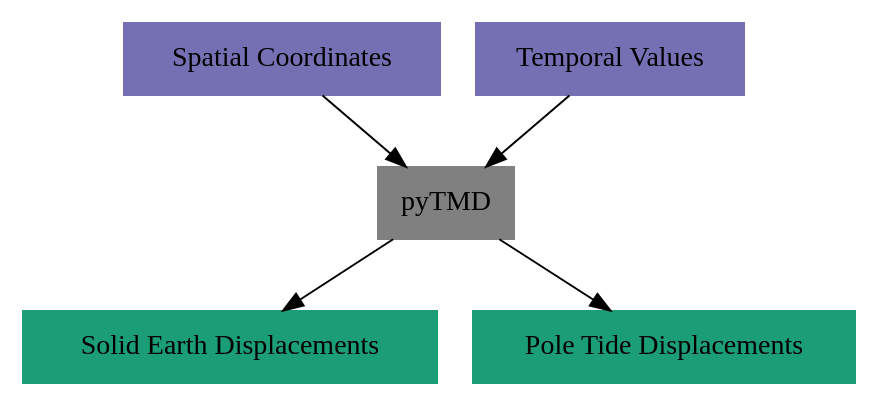
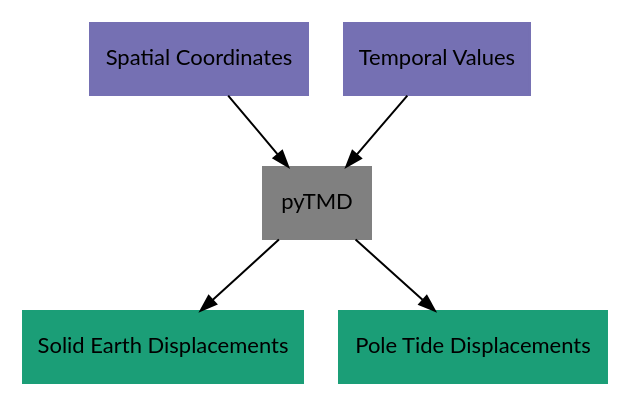
Before and after one commit to tsutterley/pyTMD: the second of 2 diagrams in doc/source/getting_started/Overview.rst, drawn with Graphviz. The commit also changed other lines of this file and 17 other files, not shown here.

```diff
--- a/doc/source/getting_started/Overview.rst
+++ b/doc/source/getting_started/Overview.rst
@@ -37,15 +72,40 @@
 .. graphviz::
     :caption: Solid Earth and Pole Tide Framework
     :align: center
 
     digraph {
-        S [label="Spatial Coordinates" shape=box style="filled" color="#7570b3"]
-        E [label="Temporal Values" shape=box style="filled" color="#7570b3"]
-        T [label="pyTMD" shape=box style="filled" color="gray"]
-        D [label="Solid Earth Displacements" shape=box style="filled" color="#1b9e77"]
-        P [label="Pole Tide Displacements" shape=box style="filled" color="#1b9e77"]
-        S -> T
-        E -> T
-        T -> D
-        T -> P
+        S [label="Spatial Coordinates"
+            fontname="Lato"
+            fontsize=11
+            shape=box
+            style="filled"
+            color="#7570b3"]
+        E [label="Temporal Values"
+            fontname="Lato"
+            fontsize=11
+            shape=box
+            style="filled"
+            color="#7570b3"]
+        T [label="pyTMD"
+            fontname="Lato"
+            fontsize=11
+            shape=box
+            style="filled"
+            color="gray"]
+        D [label="Solid Earth Displacements"
+            fontname="Lato"
+            fontsize=11
+            shape=box
+            style="filled"
+            color="#1b9e77"]
+        P [label="Pole Tide Displacements"
+            fontname="Lato"
+            fontsize=11
+            shape=box
+            style="filled"
+            color="#1b9e77"]
+        S -> T [arrowsize=0.8]
+        E -> T [arrowsize=0.8]
+        T -> D [arrowsize=0.8]
+        T -> P [arrowsize=0.8]
     }
```
